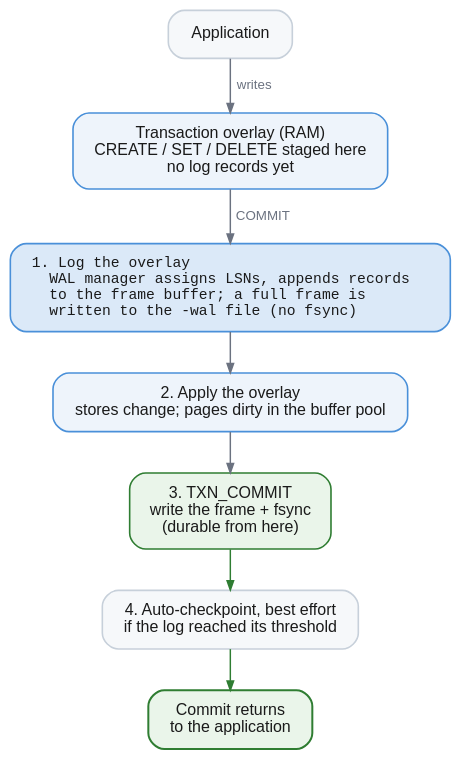
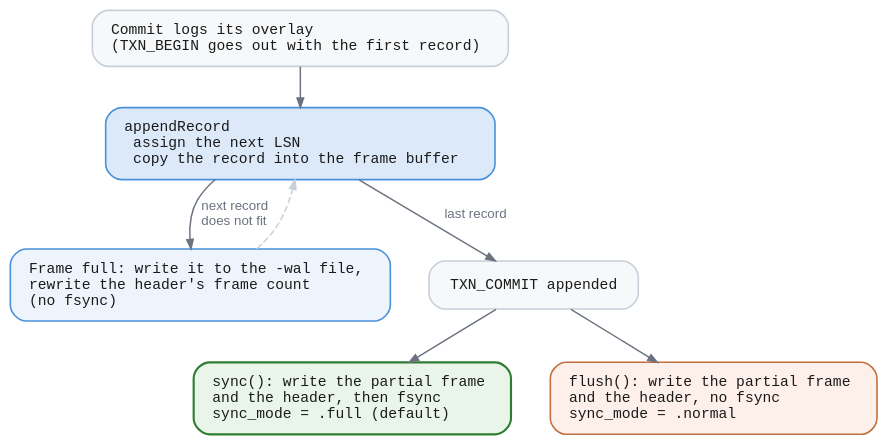
The diagram in book/diagrams/wal-write-flow.dot (jeffhajewski/latticedb), drawn with Graphviz before and after one commit. The commit also changed 20 other files, not shown here.

First line of the commit message:
Describe the journaled flush and current commit path in the storage pages

```diff
--- a/book/diagrams/wal-write-flow.dot
+++ b/book/diagrams/wal-write-flow.dot
@@ -1,32 +1,35 @@
-// Writes inside a transaction stay in its overlay. At commit the overlay is
-// logged, applied, and then the commit record is forced to disk.
+// The log's own write path. Records are copied into an in-memory frame; a
+// full frame is written without a sync; a commit ends with sync() in the
+// default sync mode and with flush() in .normal.
 digraph wal_write_flow {
   bgcolor="transparent"
   rankdir=TB
   nodesep=0.4
   ranksep=0.4
   fontname="Helvetica,Arial,sans-serif"
   node [shape=box style="filled,rounded" fillcolor="#eef4fb" color="#4a90d9"
-        penwidth=1.2 fontname="Helvetica,Arial,sans-serif" fontsize=12
-        fontcolor="#1a1a1a" margin="0.22,0.13"]
+        penwidth=1.2 fontname="Menlo,Consolas,monospace" fontsize=11
+        fontcolor="#1a1a1a" margin="0.2,0.12"]
   edge [color="#6b7280" penwidth=1.1 arrowsize=0.7
         fontname="Helvetica,Arial,sans-serif" fontsize=10 fontcolor="#6b7280"]
 
-  app [label="Application" fillcolor="#f6f8fa" color="#c7d0da"]
-  overlay [label="Transaction overlay (RAM)\nCREATE / SET / DELETE staged here\nno log records yet"]
-  log [label="1. Log the overlay\l   WAL manager assigns LSNs, appends records\l   to the frame buffer; a full frame is\l   written to the -wal file (no fsync)\l"
-       fillcolor="#dbe9f8" fontname="Menlo,Consolas,monospace" fontsize=11]
-  apply [label="2. Apply the overlay\nstores change; pages dirty in the buffer pool"]
-  commit [label="3. TXN_COMMIT\nwrite the frame + fsync\n(durable from here)"
-          fillcolor="#eaf5ea" color="#2f7d32"]
-  done [label="Commit returns\nto the application"
-        fillcolor="#eaf5ea" color="#2f7d32" penwidth=1.5]
-  ckpt [label="4. Auto-checkpoint, best effort\nif the log reached its threshold"
-        fillcolor="#f6f8fa" color="#c7d0da"]
+  caller [label="Commit logs its overlay\l(TXN_BEGIN goes out with the first record)\l"
+          fillcolor="#f6f8fa" color="#c7d0da"]
+  append [label="appendRecord\l  assign the next LSN\l  copy the record into the frame buffer\l"
+          fillcolor="#dbe9f8"]
+  full   [label="Frame full: write it to the -wal file,\lrewrite the header's frame count\l(no fsync)\l"]
+  commit [label="TXN_COMMIT appended" fillcolor="#f6f8fa" color="#c7d0da"]
+  sync   [label="sync(): write the partial frame\land the header, then fsync\lsync_mode = .full (default)\l"
+          fillcolor="#eaf5ea" color="#2f7d32" penwidth=1.6]
+  flush  [label="flush(): write the partial frame\land the header, no fsync\lsync_mode = .normal\l"
+          fillcolor="#fdf0ea" color="#c2703f"]
 
-  app -> overlay [label="  writes"]
-  overlay -> log [label="  COMMIT"]
-  log -> apply -> commit
-  commit -> ckpt [color="#2f7d32"]
-  ckpt -> done [color="#2f7d32"]
+  caller -> append
+  append -> full [label="  next record\l  does not fit\l"]
+  full -> append [style=dashed color="#c7d0da"]
+  append -> commit [label="  last record"]
+  commit -> sync
+  commit -> flush
+
+  { rank=same; sync; flush }
 }
```
